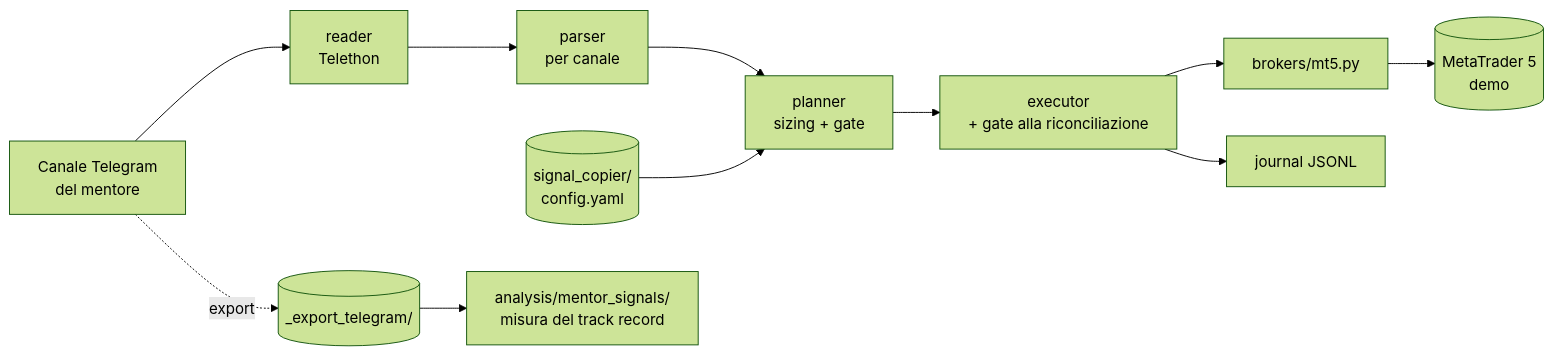
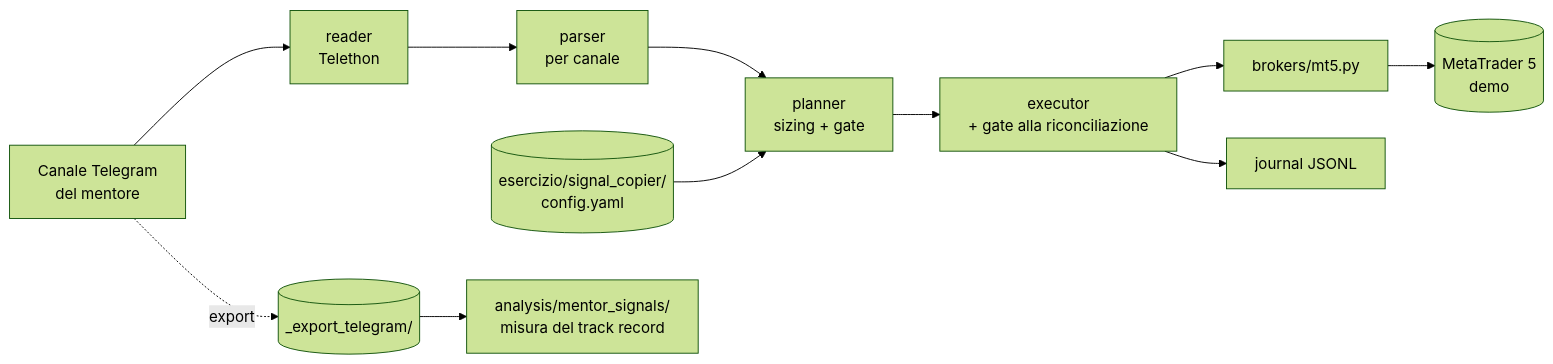
The second of 2 diagrams in mappa/00-panoramica-trad.md (matteoteo2507-stack/trad), drawn with Mermaid (forest theme) before and after one commit. The commit also changed other lines of this file and 80 other files, not shown here.

First line of the commit message:
Riordino: macro esercizio/ (EA, copier, sorveglianza, PAC, prop) e uscita/; strumento di migrazione in motore/riordino

````diff
--- a/mappa/00-panoramica-trad.md
+++ b/mappa/00-panoramica-trad.md
@@ -56,11 +56,11 @@
 ```mermaid
 flowchart LR
   TG[Canale Telegram<br/>del mentore] --> R[reader<br/>Telethon]
   R --> PA[parser<br/>per canale]
   PA --> PL[planner<br/>sizing + gate]
-  CF[(signal_copier/<br/>config.yaml)] --> PL
+  CF[(esercizio/signal_copier/<br/>config.yaml)] --> PL
   PL --> EX[executor<br/>+ gate alla riconciliazione]
   EX --> MT[brokers/mt5.py] --> MT5[(MetaTrader 5<br/>demo)]
   EX --> J[journal JSONL]
   TG -. export .-> ET[(_export_telegram/)] --> MS[analysis/mentor_signals/<br/>misura del track record]
 ```
````
